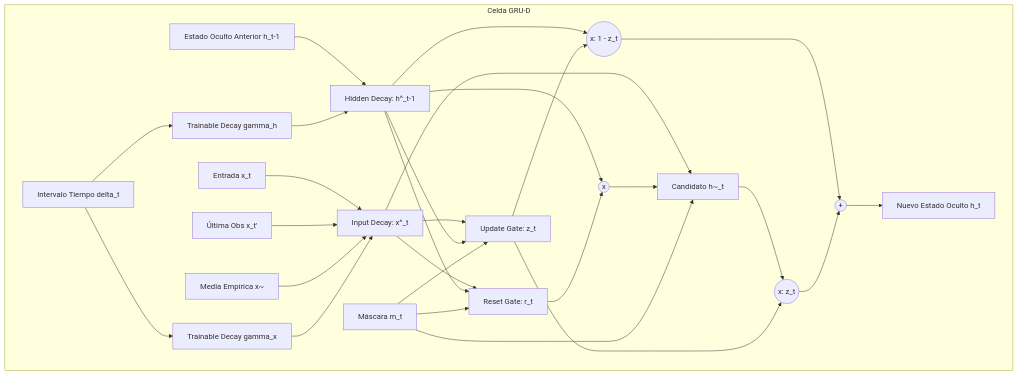
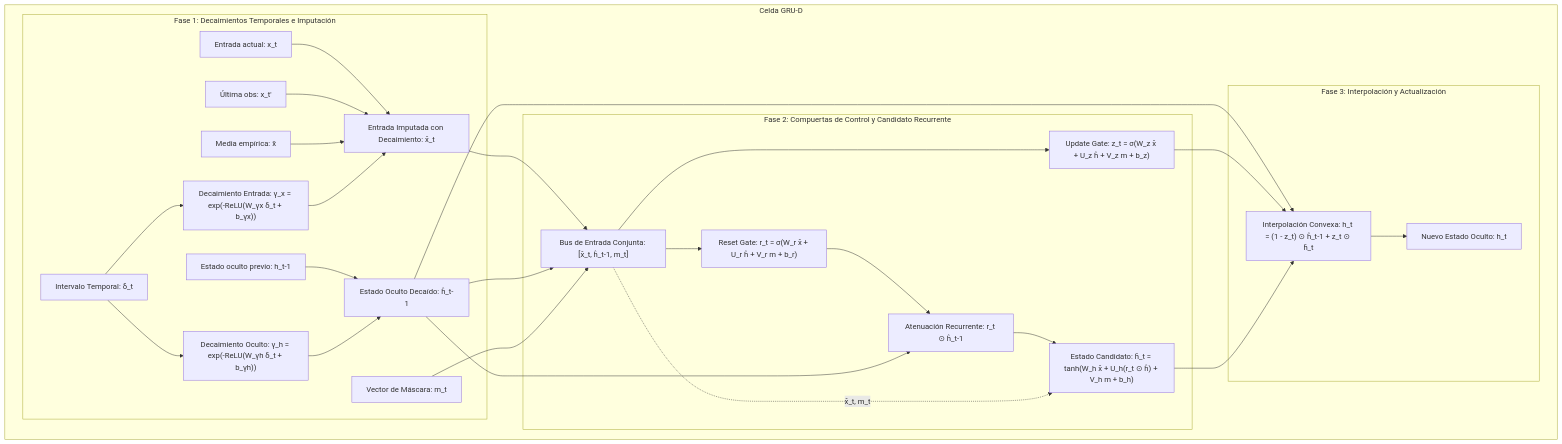
Before and after one commit to ramontr025/tfm-mulcia-2025: the fourth of 4 diagrams in appendix/2DA FASE/us-mulcia-2026-ramon/docs/GRU-D_teoria.md, drawn with Mermaid. The commit also changed other lines of this file and 36 other files, not shown here.

````diff
--- a/appendix/2DA FASE/us-mulcia-2026-ramon/docs/GRU-D_teoria.md
+++ b/appendix/2DA FASE/us-mulcia-2026-ramon/docs/GRU-D_teoria.md
@@ -190,40 +193,47 @@
 ```mermaid
 graph TD
-    subgraph Celda GRU-D
-        xt[Entrada x_t] --> input_decay[Input Decay: x^_t]
-        xt_prev_obs[Última Obs x_t'] --> input_decay
-        mean_x[Media Empírica x~] --> input_decay
-        delta_t[Intervalo Tiempo delta_t] --> gamma_x[Trainable Decay gamma_x]
-        delta_t --> gamma_h[Trainable Decay gamma_h]
-        gamma_x --> input_decay
+    subgraph Celda_GRUD["Celda GRU-D"]
         
-        ht_prev[Estado Oculto Anterior h_t-1] --> hidden_decay[Hidden Decay: h^_t-1]
-        gamma_h --> hidden_decay
+        subgraph F1["Fase 1: Decaimientos Temporales e Imputación"]
+            delta_t["Intervalo Temporal: δ_t"]
+            delta_t --> gamma_x["Decaimiento Entrada: γ_x = exp(-ReLU(W_γx δ_t + b_γx))"]
+            delta_t --> gamma_h["Decaimiento Oculto: γ_h = exp(-ReLU(W_γh δ_t + b_γh))"]
+            
+            xt["Entrada actual: x_t"] --> x_hat["Entrada Imputada con Decaimiento: x̂_t"]
+            xt_prev["Última obs: x_t'"] --> x_hat
+            mean_x["Media empírica: x̃"] --> x_hat
+            gamma_x --> x_hat
+            
+            ht_prev["Estado oculto previo: h_t-1"] --> h_hat["Estado Oculto Decaído: ĥ_t-1"]
+            gamma_h --> h_hat
+            
+            mt["Vector de Máscara: m_t"]
+        end
+
+        subgraph F2["Fase 2: Compuertas de Control y Candidato Recurrente"]
+            bus_gates["Bus de Entrada Conjunta: [x̂_t, ĥ_t-1, m_t]"]
+            x_hat --> bus_gates
+            h_hat --> bus_gates
+            mt --> bus_gates
+            
+            bus_gates --> r_gate["Reset Gate: r_t = σ(W_r x̂ + U_r ĥ + V_r m + b_r)"]
+            bus_gates --> z_gate["Update Gate: z_t = σ(W_z x̂ + U_z ĥ + V_z m + b_z)"]
+            
+            r_gate --> mul_r["Atenuación Recurrente: r_t ⊙ ĥ_t-1"]
+            h_hat --> mul_r
+            
+            mul_r --> h_cand["Estado Candidato: h̃_t = tanh(W_h x̂ + U_h(r_t ⊙ ĥ) + V_h m + b_h)"]
+            bus_gates -.->|"x̂_t, m_t"| h_cand
+        end
+
+        subgraph F3["Fase 3: Interpolación y Actualización"]
+            interp["Interpolación Convexa: h_t = (1 - z_t) ⊙ ĥ_t-1 + z_t ⊙ h̃_t"]
+            h_hat --> interp
+            z_gate --> interp
+            h_cand --> interp
+            
+            interp --> ht["Nuevo Estado Oculto: h_t"]
+        end
         
-        input_decay --> z_gate[Update Gate: z_t]
-        input_decay --> r_gate[Reset Gate: r_t]
-        input_decay --> h_cand[Candidato h~_t]
-        
-        hidden_decay --> z_gate
-        hidden_decay --> r_gate
-        hidden_decay --> mul_r((x))
-        
-        r_gate --> mul_r
-        mul_r --> h_cand
-        
-        mt[Máscara m_t] --> z_gate
-        mt --> r_gate
-        mt --> h_cand
-        
-        hidden_decay --> mul_z_prev((x: 1 - z_t))
-        z_gate --> mul_z_prev
-        
-        h_cand --> mul_z_cand((x: z_t))
-        z_gate --> mul_z_cand
-        
-        mul_z_prev --> add_h((+))
-        mul_z_cand --> add_h
-        
-        add_h --> ht[Nuevo Estado Oculto h_t]
     end
 ```
````
